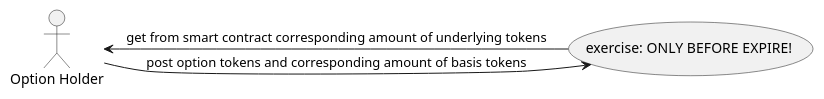
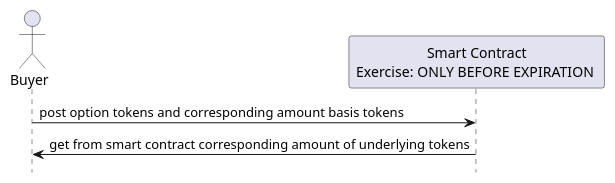
The diagram in docs/dias/exec.puml (mxn/eth_option), drawn with PlantUML before and after one commit. The commit also changed 5 other files, not shown here.

```diff
--- a/docs/dias/exec.puml
+++ b/docs/dias/exec.puml
@@ -1,9 +1,9 @@
 @startuml
-:Option Holder: as Buyer
-(exercise: ONLY BEFORE EXPIRE!) as (exec)
+actor Buyer
+participant "Smart Contract\nExercise: ONLY BEFORE EXPIRATION " as exec
 
-Buyer -> (exec): post option tokens and corresponding amount of basis tokens
+Buyer -> exec: post option tokens and corresponding amount basis tokens
+exec -> Buyer: get from smart contract corresponding amount of underlying tokens
 
-(exec) -> Buyer: get from smart contract corresponding amount of underlying tokens
-
+hide footbox
 @enduml
```
